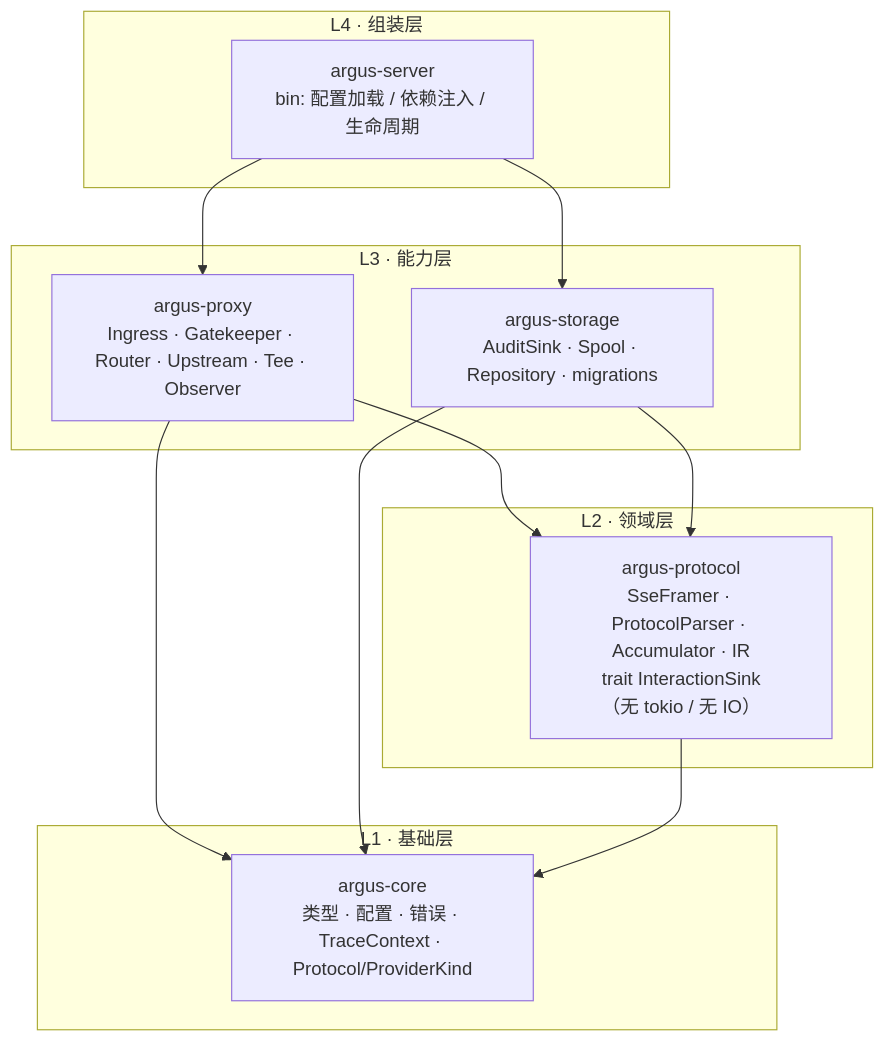
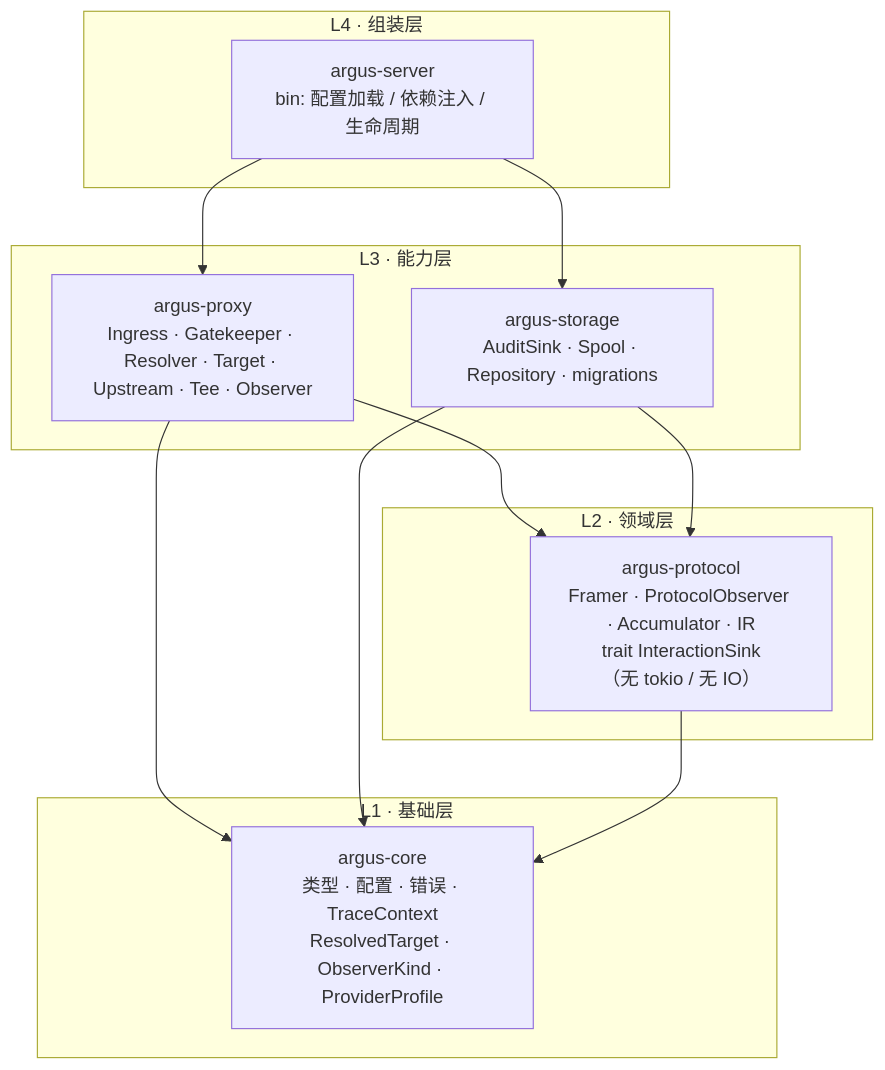
The first of 2 diagrams in docs/01-architecture.md (pmnmq/argus), drawn with Mermaid before and after one commit. The commit also changed other lines of this file and 39 other files, not shown here.

````diff
--- a/docs/01-architecture.md
+++ b/docs/01-architecture.md
@@ -49,24 +49,24 @@
 ```mermaid
 flowchart TB
     subgraph L4["L4 · 组装层"]
         SRV["argus-server<br/>bin: 配置加载 / 依赖注入 / 生命周期"]
     end
     subgraph L3["L3 · 能力层"]
-        PRX["argus-proxy<br/>Ingress · Gatekeeper · Router · Upstream · Tee · Observer"]
+        PRX["argus-proxy<br/>Ingress · Gatekeeper · Resolver · Target · Upstream · Tee · Observer"]
         STO["argus-storage<br/>AuditSink · Spool · Repository · migrations"]
     end
     subgraph L2["L2 · 领域层"]
-        PROTO["argus-protocol<br/>SseFramer · ProtocolParser · Accumulator · IR<br/>trait InteractionSink<br/>（无 tokio / 无 IO）"]
+        PROTO["argus-protocol<br/>Framer · ProtocolObserver · Accumulator · IR<br/>trait InteractionSink<br/>（无 tokio / 无 IO）"]
     end
     subgraph L1["L1 · 基础层"]
-        CORE["argus-core<br/>类型 · 配置 · 错误 · TraceContext · Protocol/ProviderKind"]
+        CORE["argus-core<br/>类型 · 配置 · 错误 · TraceContext<br/>ResolvedTarget · ObserverKind · ProviderProfile"]
     end
 
     SRV --> PRX
     SRV --> STO
     PRX --> PROTO
     PRX --> CORE
     STO --> PROTO
     STO --> CORE
     PROTO --> CORE
 ```
````
